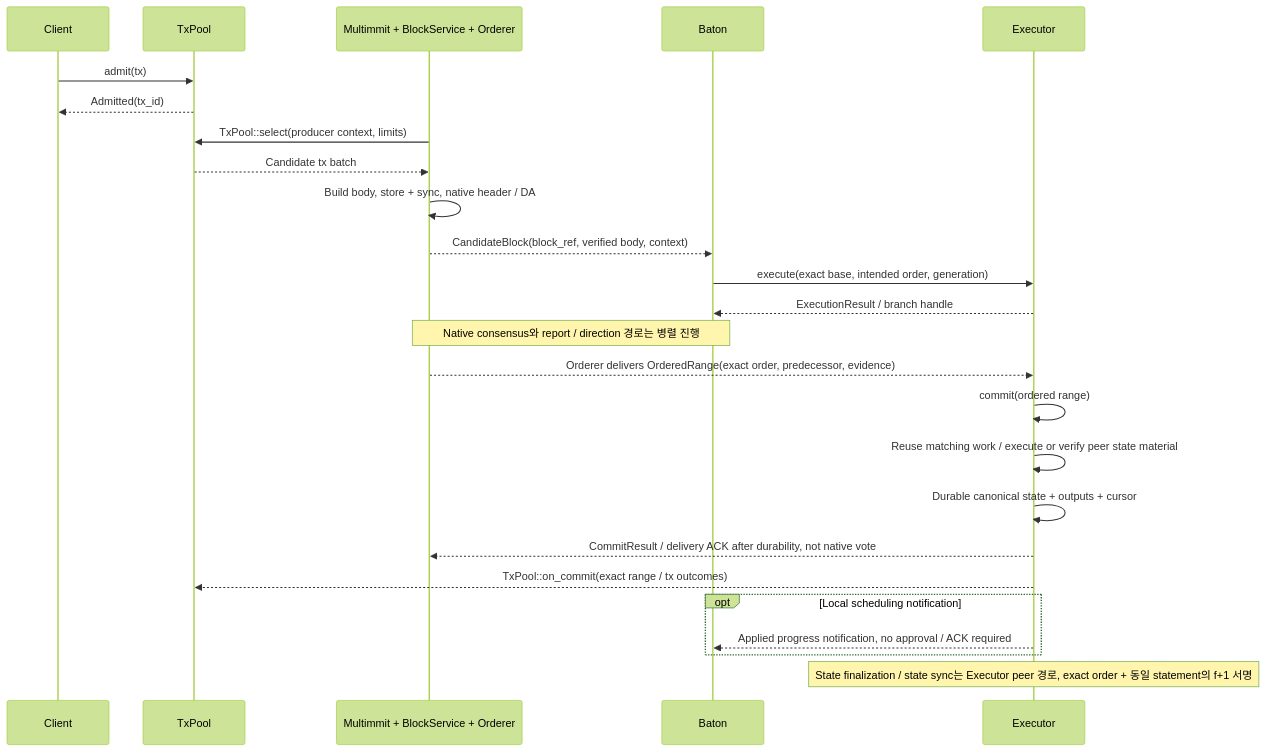
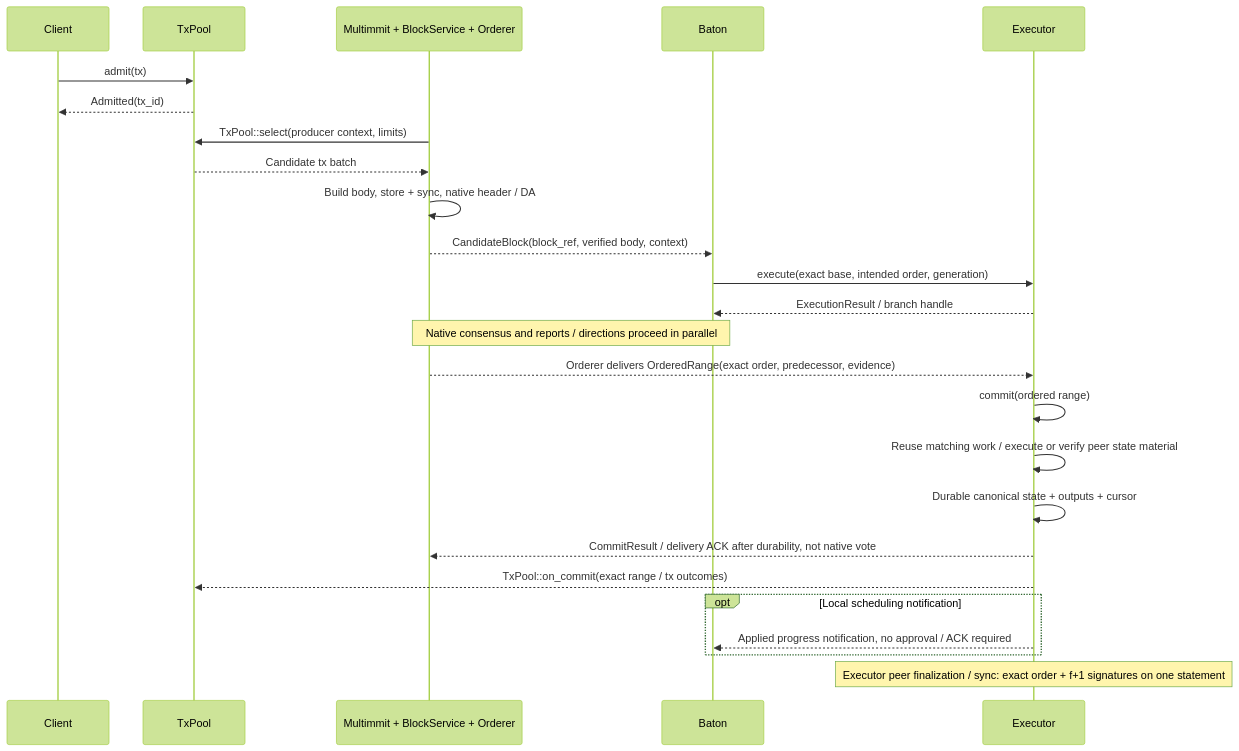
The first of 2 diagrams in docs/e2e/normal.md (djm07073/baton-research), drawn with Mermaid (forest theme) before and after one commit. The commit also changed other lines of this file and 99 other files, not shown here.

````diff
--- a/docs/e2e/normal.md
+++ b/docs/e2e/normal.md
@@ -7,27 +7,27 @@
 ```mermaid
 sequenceDiagram
     participant C as Client
     participant T as TxPool
     participant N as Multimmit + BlockService + Orderer
     participant B as Baton
     participant E as Executor
     C->>T: admit(tx)
     T-->>C: Admitted(tx_id)
     N->>T: TxPool::select(producer context, limits)
     T-->>N: Candidate tx batch
     N->>N: Build body, store + sync, native header / DA
     N-->>B: CandidateBlock(block_ref, verified body, context)
     B->>E: execute(exact base, intended order, generation)
     E-->>B: ExecutionResult / branch handle
-    Note over N,B: Native consensus와 report / direction 경로는 병렬 진행
+    Note over N,B: Native consensus and reports / directions proceed in parallel
     N-->>E: Orderer delivers OrderedRange(exact order, predecessor, evidence)
     E->>E: commit(ordered range)
     E->>E: Reuse matching work / execute or verify peer state material
     E->>E: Durable canonical state + outputs + cursor
     E-->>N: CommitResult / delivery ACK after durability, not native vote
     E-->>T: TxPool::on_commit(exact range / tx outcomes)
     opt Local scheduling notification
         E-->>B: Applied progress notification, no approval / ACK required
     end
-    Note over E: State finalization / state sync는 Executor peer 경로, exact order + 동일 statement의 f+1 서명
+    Note over E: Executor peer finalization / sync: exact order + f+1 signatures on one statement
 ```
````
